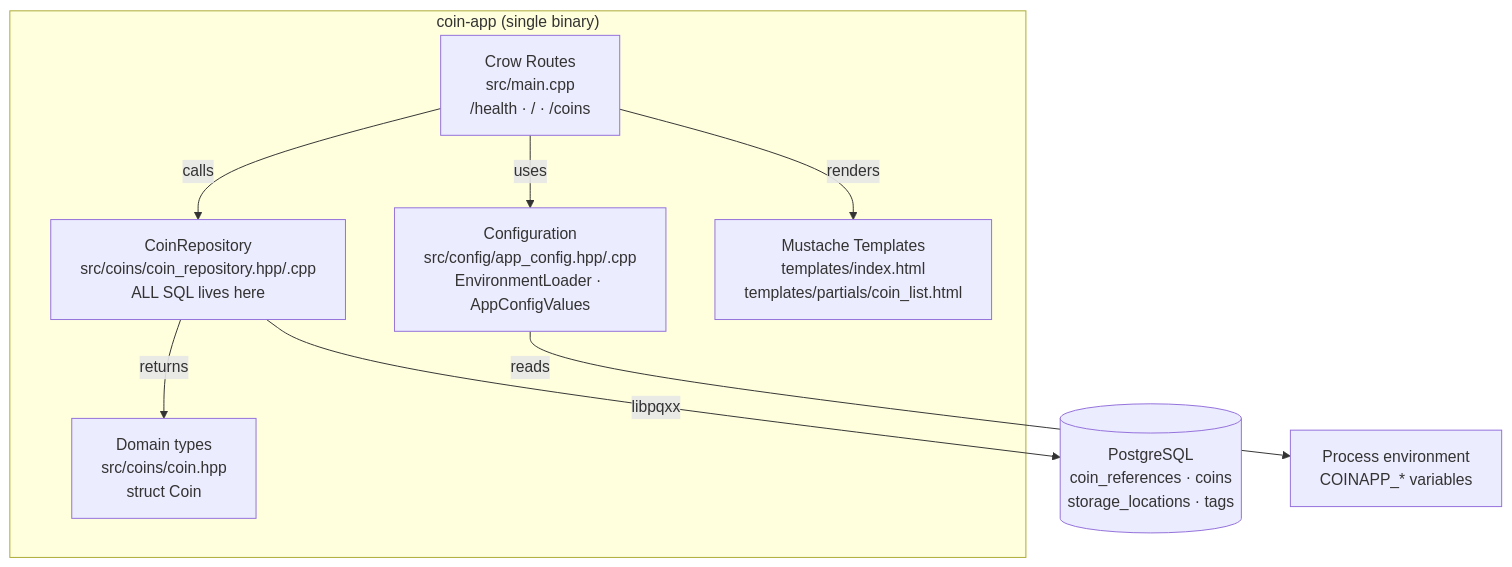
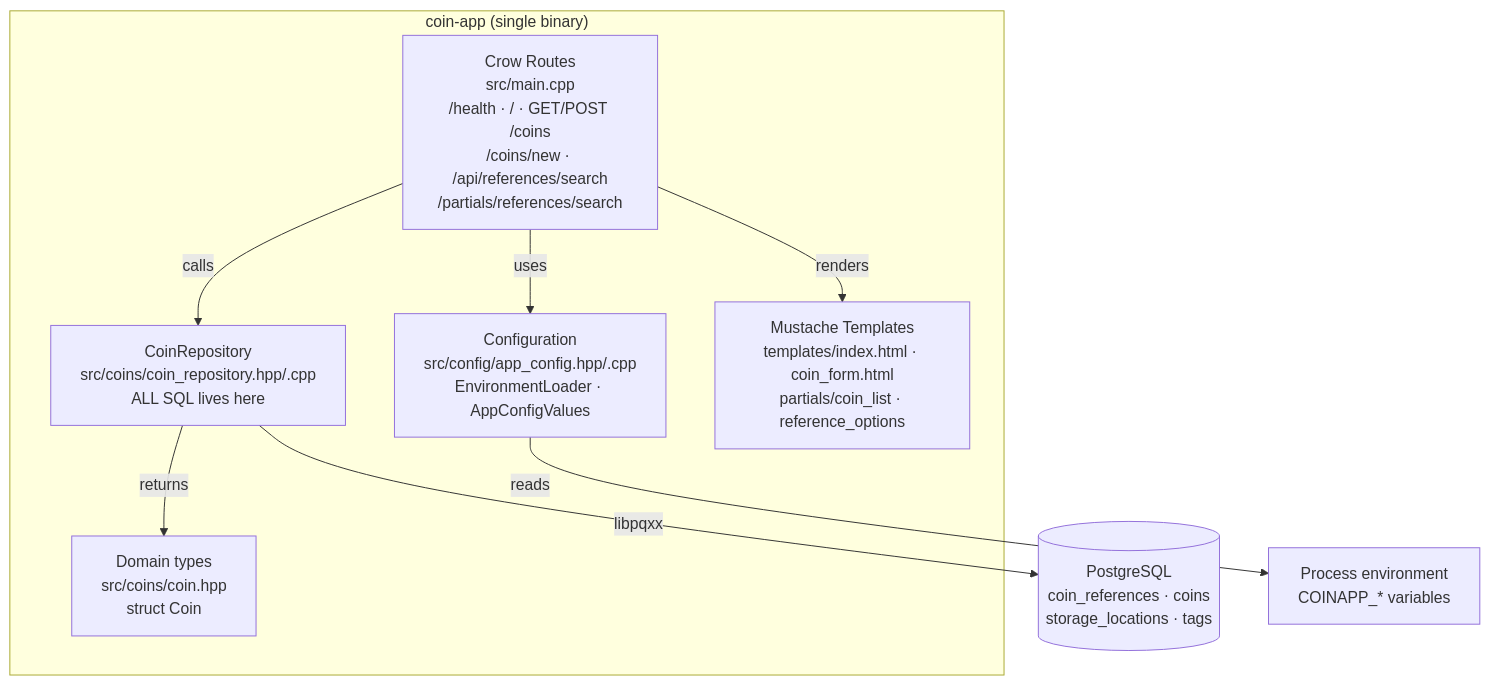
Before and after one commit to MBartsch71/coin-app: the second of 4 diagrams in docs/arc42.md, drawn with Mermaid. The commit also changed other lines of this file and 2 other files, not shown here.

````diff
--- a/docs/arc42.md
+++ b/docs/arc42.md
@@ -104,19 +104,19 @@
 ```mermaid
 flowchart TB
     subgraph CoinApp["coin-app (single binary)"]
-        Routes["Crow Routes<br/>src/main.cpp<br/>/health · / · /coins"]
+        Routes["Crow Routes<br/>src/main.cpp<br/>/health · / · GET/POST /coins<br/>/coins/new · /api/references/search<br/>/partials/references/search"]
         Config["Configuration<br/>src/config/app_config.hpp/.cpp<br/>EnvironmentLoader · AppConfigValues"]
         Repo["CoinRepository<br/>src/coins/coin_repository.hpp/.cpp<br/>ALL SQL lives here"]
         Domain["Domain types<br/>src/coins/coin.hpp<br/>struct Coin"]
-        Tpl["Mustache Templates<br/>templates/index.html<br/>templates/partials/coin_list.html"]
+        Tpl["Mustache Templates<br/>templates/index.html · coin_form.html<br/>partials/coin_list · reference_options"]
     end
     DB[("PostgreSQL<br/>coin_references · coins<br/>storage_locations · tags")]
     Env["Process environment<br/>COINAPP_* variables"]
 
     Routes -->|"uses"| Config
     Routes -->|"calls"| Repo
     Repo -->|"returns"| Domain
     Repo -->|"libpqxx"| DB
     Routes -->|"renders"| Tpl
     Config -->|"reads"| Env
 ```
````
